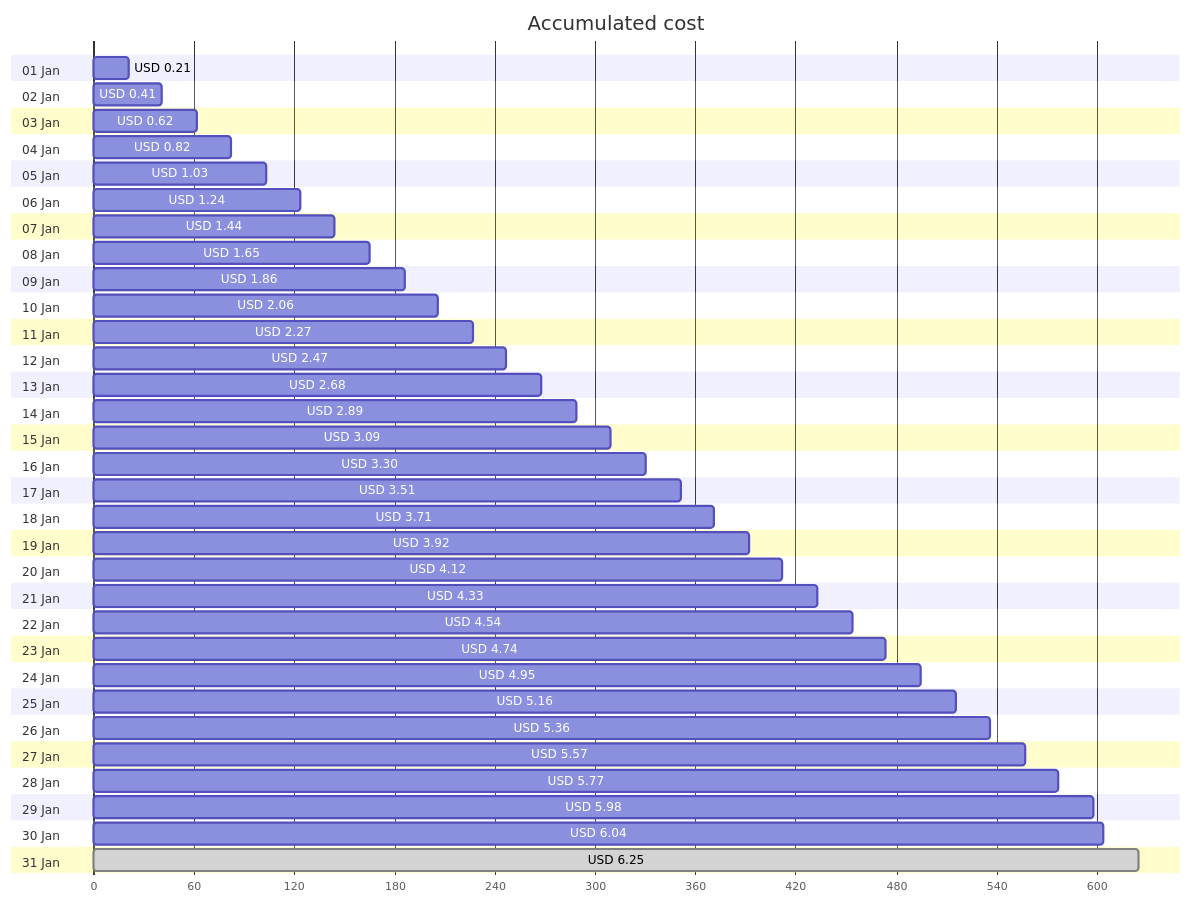
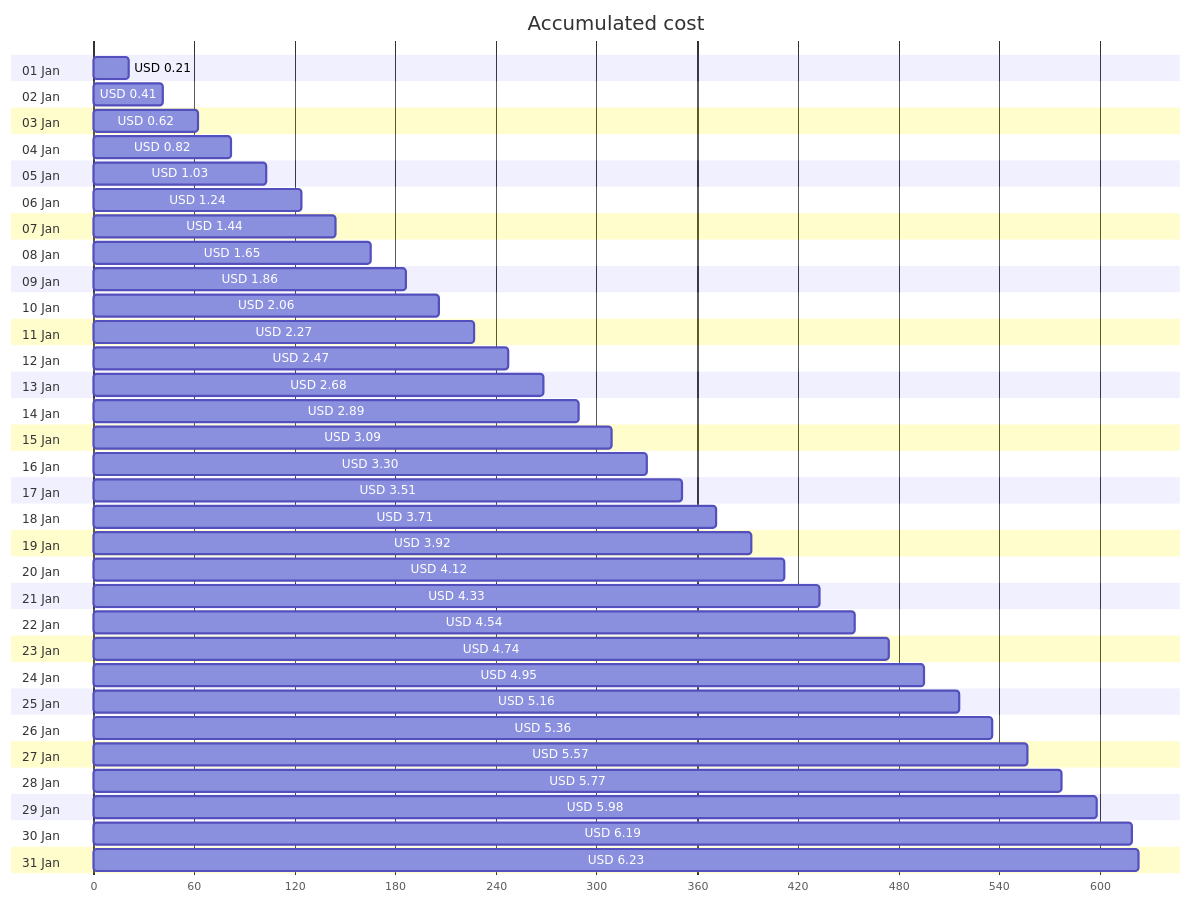
The first of 4 diagrams in cost-reports/personal-network/backup-server.md (jpfulton/azure-personal-reports), drawn with Mermaid before and after one commit. The commit also changed other lines of this file and 8 other files, not shown here.

````diff
--- a/cost-reports/personal-network/backup-server.md
+++ b/cost-reports/personal-network/backup-server.md
@@ -20,68 +20,68 @@
 ```mermaid
 gantt
    title Accumulated cost
    dateFormat  X
    axisFormat %s
    section 01 Jan
    USD 0.21 :0, 21
    section 02 Jan
    USD 0.41 :0, 41
    section 03 Jan
    USD 0.62 :0, 62
    section 04 Jan
    USD 0.82 :0, 82
    section 05 Jan
    USD 1.03 :0, 103
    section 06 Jan
    USD 1.24 :0, 124
    section 07 Jan
    USD 1.44 :0, 144
    section 08 Jan
    USD 1.65 :0, 165
    section 09 Jan
    USD 1.86 :0, 186
    section 10 Jan
    USD 2.06 :0, 206
    section 11 Jan
    USD 2.27 :0, 227
    section 12 Jan
    USD 2.47 :0, 247
    section 13 Jan
    USD 2.68 :0, 268
    section 14 Jan
    USD 2.89 :0, 289
    section 15 Jan
    USD 3.09 :0, 309
    section 16 Jan
    USD 3.30 :0, 330
    section 17 Jan
    USD 3.51 :0, 351
    section 18 Jan
    USD 3.71 :0, 371
    section 19 Jan
    USD 3.92 :0, 392
    section 20 Jan
    USD 4.12 :0, 412
    section 21 Jan
    USD 4.33 :0, 433
    section 22 Jan
    USD 4.54 :0, 454
    section 23 Jan
    USD 4.74 :0, 474
    section 24 Jan
    USD 4.95 :0, 495
    section 25 Jan
    USD 5.16 :0, 516
    section 26 Jan
    USD 5.36 :0, 536
    section 27 Jan
    USD 5.57 :0, 557
    section 28 Jan
    USD 5.77 :0, 577
    section 29 Jan
    USD 5.98 :0, 598
    section 30 Jan
-   USD 6.04 :0, 604
+   USD 6.19 :0, 619
    section 31 Jan
-   USD 6.25 : done, 0, 625
+   USD 6.23 :0, 623
 ```
````
